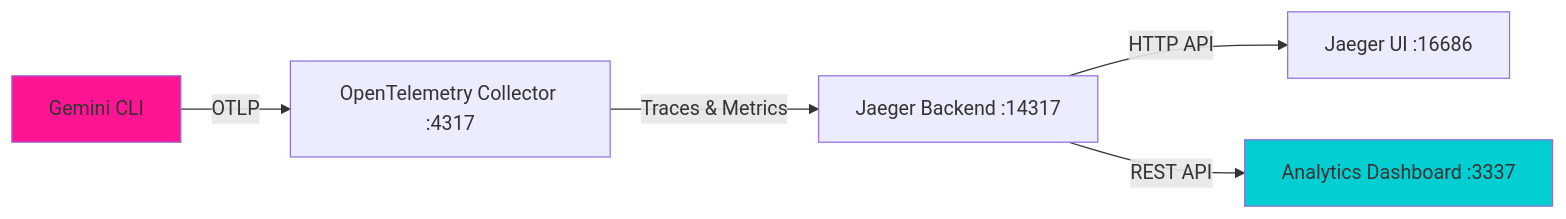
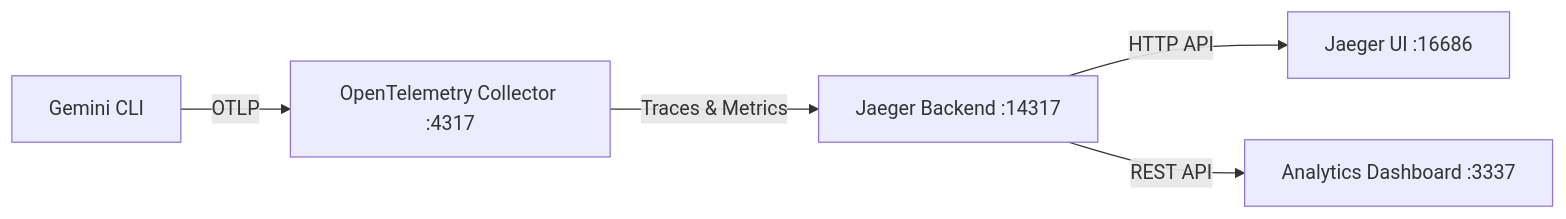
One commit to davila7/gemini-cli-templates changed the diagram in README.md. Above: the diagram before and after it, drawn with Mermaid. The commit also changed other lines of this file, not shown here.

````diff
--- a/README.md
+++ b/README.md
@@ -65,10 +69,7 @@
 ```mermaid
 graph LR
     A[Gemini CLI] -->|OTLP| B[OpenTelemetry Collector :4317]
     B -->|Traces & Metrics| C[Jaeger Backend :14317]
     C -->|HTTP API| D[Jaeger UI :16686]
     C -->|REST API| E[Analytics Dashboard :3337]
-    
-    style A fill:#FF1493
-    style E fill:#00CED1
 ```
````
